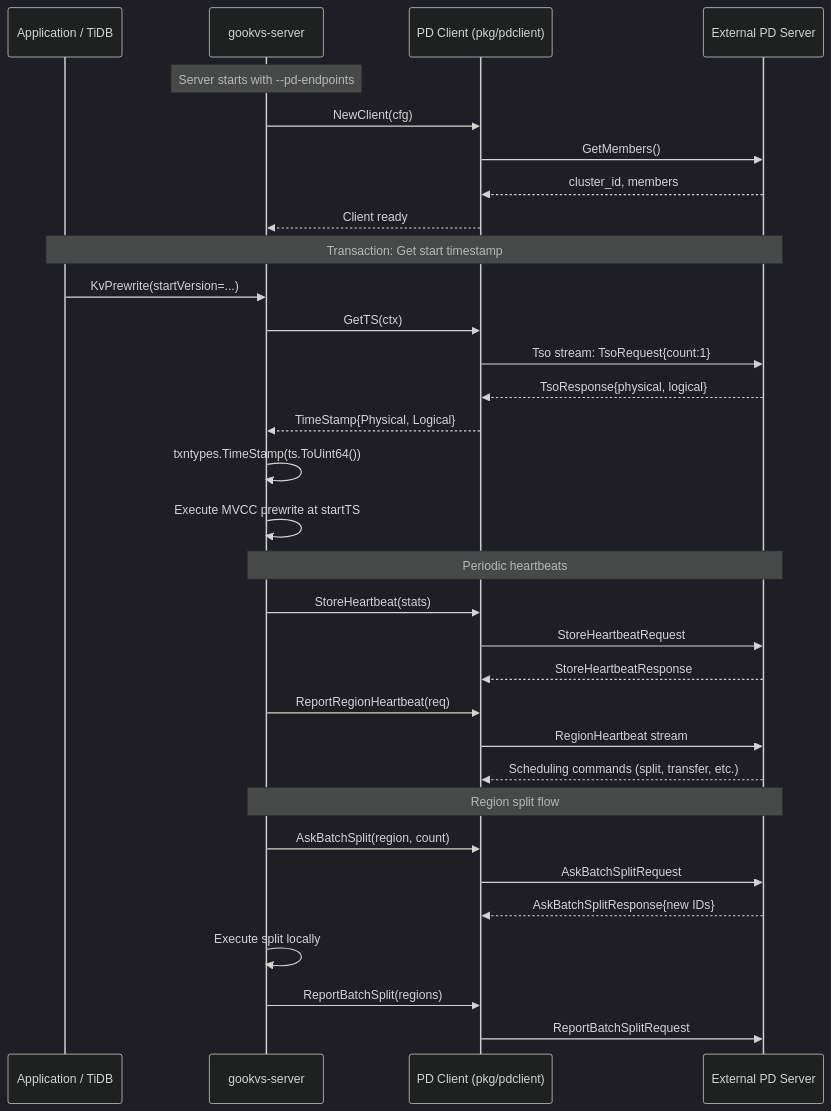
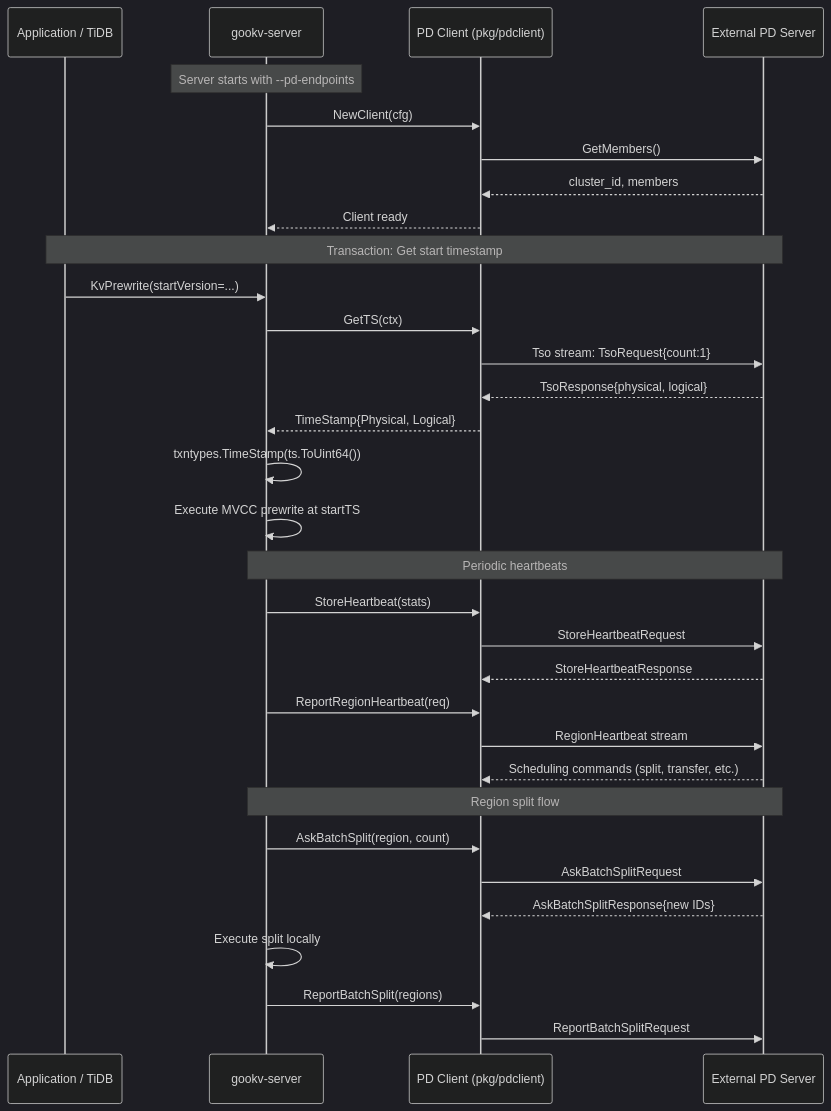
The first of 3 diagrams in impl_doc_0318/05_pd.md (ryogrid/gookv), drawn with Mermaid (dark theme) before and after one commit. The commit also changed other lines of this file and 126 other files, not shown here.

Commit message:
rename gookvs to gookv

````diff
--- a/impl_doc_0318/05_pd.md
+++ b/impl_doc_0318/05_pd.md
@@ -168,39 +168,39 @@
 ```mermaid
 sequenceDiagram
     participant App as Application / TiDB
-    participant GS as gookvs-server
+    participant GS as gookv-server
     participant PDC as PD Client (pkg/pdclient)
     participant PD as External PD Server
 
     Note over GS: Server starts with --pd-endpoints
     GS->>PDC: NewClient(cfg)
     PDC->>PD: GetMembers()
     PD-->>PDC: cluster_id, members
     PDC-->>GS: Client ready
 
     Note over App,PD: Transaction: Get start timestamp
     App->>GS: KvPrewrite(startVersion=...)
     GS->>PDC: GetTS(ctx)
     PDC->>PD: Tso stream: TsoRequest{count:1}
     PD-->>PDC: TsoResponse{physical, logical}
     PDC-->>GS: TimeStamp{Physical, Logical}
     GS->>GS: txntypes.TimeStamp(ts.ToUint64())
     GS->>GS: Execute MVCC prewrite at startTS
 
     Note over GS,PD: Periodic heartbeats
     GS->>PDC: StoreHeartbeat(stats)
     PDC->>PD: StoreHeartbeatRequest
     PD-->>PDC: StoreHeartbeatResponse
 
     GS->>PDC: ReportRegionHeartbeat(req)
     PDC->>PD: RegionHeartbeat stream
     PD-->>PDC: Scheduling commands (split, transfer, etc.)
 
     Note over GS,PD: Region split flow
     GS->>PDC: AskBatchSplit(region, count)
     PDC->>PD: AskBatchSplitRequest
     PD-->>PDC: AskBatchSplitResponse{new IDs}
     GS->>GS: Execute split locally
     GS->>PDC: ReportBatchSplit(regions)
     PDC->>PD: ReportBatchSplitRequest
 ```
````
